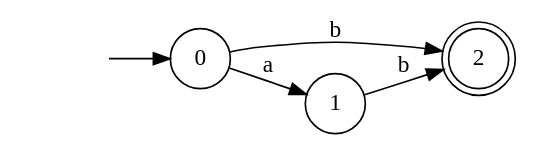
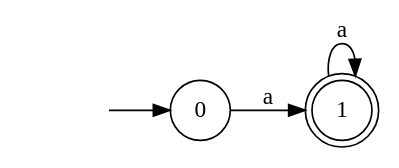
Before and after one commit to Logic-1729/CS2205-Lexer: the diagram in dfa_graph.dot, drawn with Graphviz. The commit also changed 10 other files, not shown here.

```diff
--- a/dfa_graph.dot
+++ b/dfa_graph.dot
@@ -1,8 +1,7 @@
 digraph DFA { rankdir=LR; node [shape=circle];
-  2 [shape=doublecircle];
+  1 [shape=doublecircle];
   __start0 [shape=none, label=""];
   __start0 -> 0;
   0 -> 1 [label="a"];
-  0 -> 2 [label="b"];
-  1 -> 2 [label="b"];
+  1 -> 1 [label="a"];
 }
```
